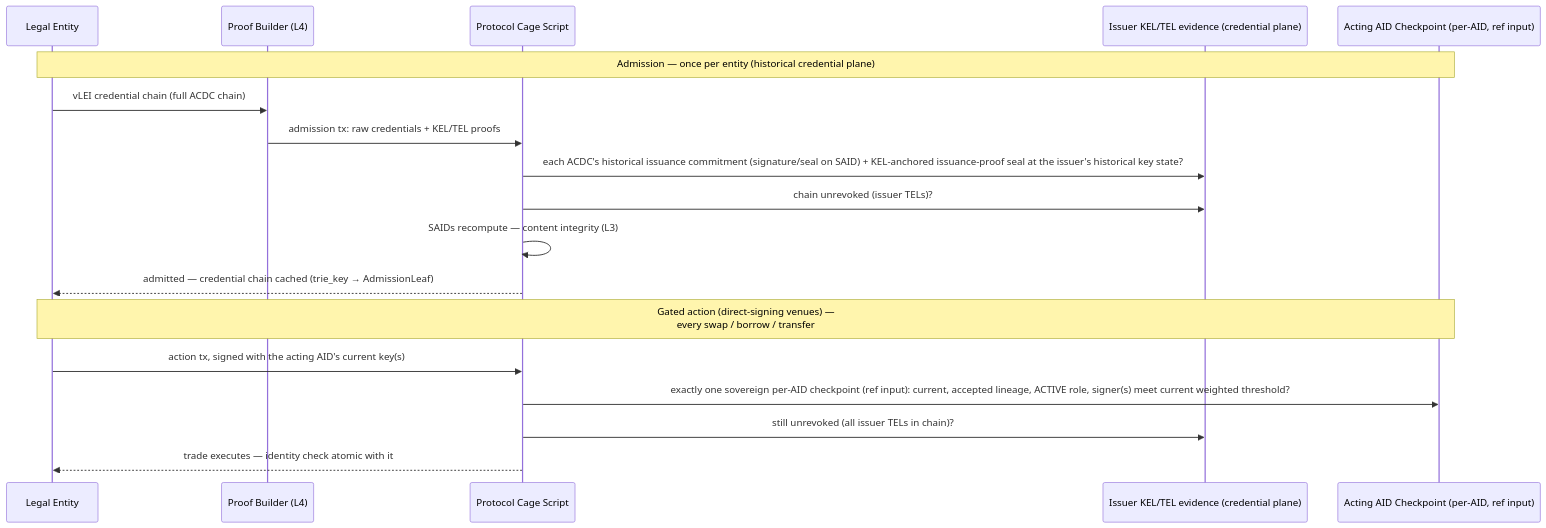
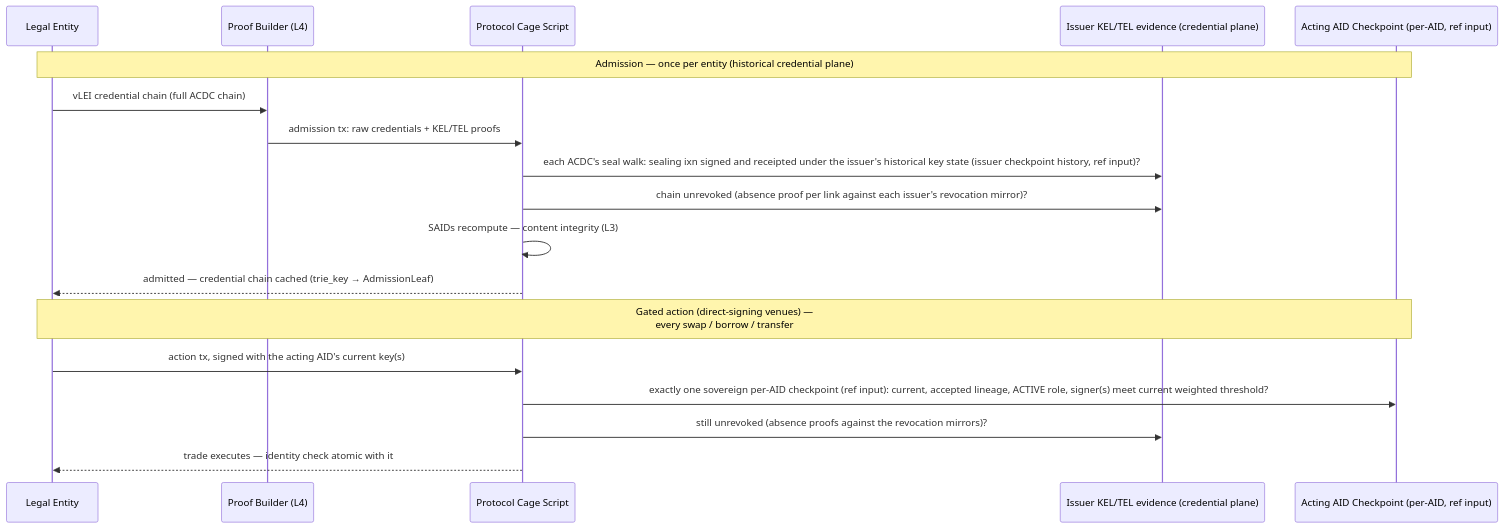
The diagram in docs/design/defi-gate.md (lambdasistemi/cardano-keri), drawn with Mermaid before and after one commit. The commit also changed other lines of this file and 5 other files, not shown here.

First line of the commit message:
docs(design): credential verification against the checkpoint

````diff
--- a/docs/design/defi-gate.md
+++ b/docs/design/defi-gate.md
@@ -151,22 +151,22 @@
 ```mermaid
 sequenceDiagram
     participant LE as Legal Entity
     participant PB as Proof Builder (L4)
     participant Cage as Protocol Cage Script
     participant Cred as Issuer KEL/TEL evidence (credential plane)
     participant Chk as Acting AID Checkpoint (per-AID, ref input)
 
     Note over LE,Chk: Admission — once per entity (historical credential plane)
     LE->>PB: vLEI credential chain (full ACDC chain)
     PB->>Cage: admission tx: raw credentials + KEL/TEL proofs
-    Cage->>Cred: each ACDC's historical issuance commitment (signature/seal on SAID) + KEL-anchored issuance-proof seal at the issuer's historical key state?
-    Cage->>Cred: chain unrevoked (issuer TELs)?
+    Cage->>Cred: each ACDC's seal walk: sealing ixn signed and receipted under the issuer's historical key state (issuer checkpoint history, ref input)?
+    Cage->>Cred: chain unrevoked (absence proof per link against each issuer's revocation mirror)?
     Cage->>Cage: SAIDs recompute — content integrity (L3)
     Cage-->>LE: admitted — credential chain cached (trie_key → AdmissionLeaf)
 
     Note over LE,Chk: Gated action (direct-signing venues) —<br/>every swap / borrow / transfer
     LE->>Cage: action tx, signed with the acting AID's current key(s)
     Cage->>Chk: exactly one sovereign per-AID checkpoint (ref input): current, accepted lineage, ACTIVE role, signer(s) meet current weighted threshold?
-    Cage->>Cred: still unrevoked (all issuer TELs in chain)?
+    Cage->>Cred: still unrevoked (absence proofs against the revocation mirrors)?
     Cage-->>LE: trade executes — identity check atomic with it
 ```
````
